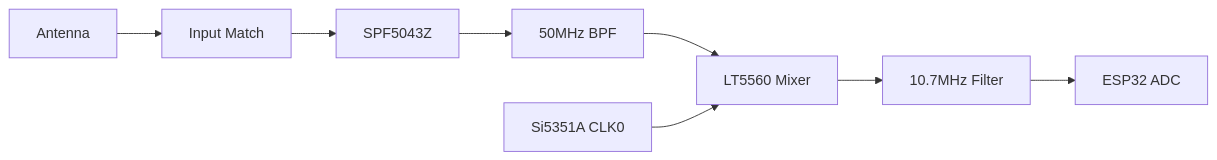
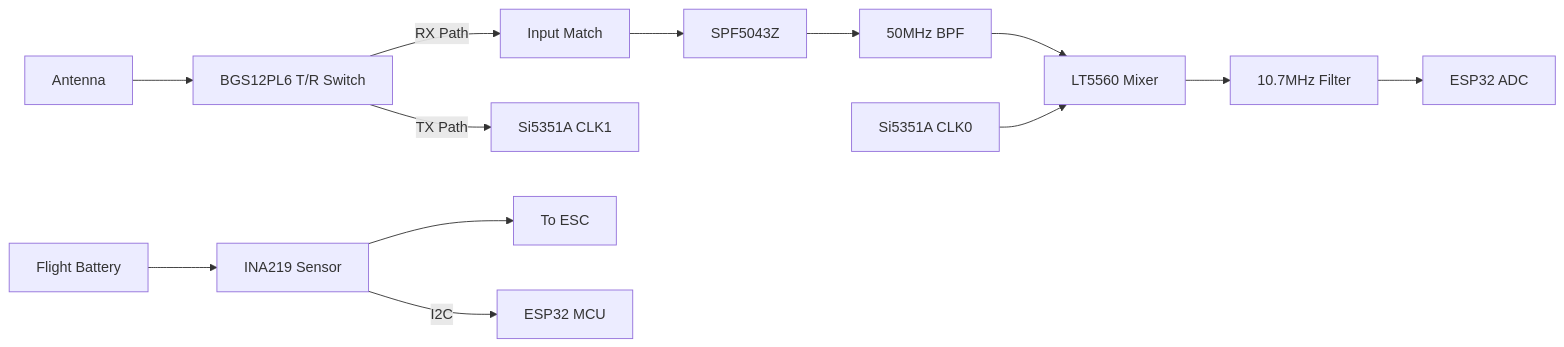
One commit to ne9n/RC_6m changed the diagram in RX_Hardware/RX_Schematic_Blueprint.md. Above: the diagram before and after it, drawn with Mermaid. The commit also changed other lines of this file and 4 other files, not shown here.

Commit message:
Synchronize BOMs, Netlist, and Schematic Blueprints with new telemetry hardware

````diff
--- a/RX_Hardware/RX_Schematic_Blueprint.md
+++ b/RX_Hardware/RX_Schematic_Blueprint.md
@@ -8,10 +8,15 @@
 ```mermaid
 graph LR
-    ANT[Antenna] --> LNA_MATCH[Input Match]
+    ANT[Antenna] --> SW[BGS12PL6 T/R Switch]
+    SW -- RX Path --> LNA_MATCH[Input Match]
     LNA_MATCH --> LNA[SPF5043Z]
     LNA --> BPF[50MHz BPF]
     BPF --> MIX[LT5560 Mixer]
     LO[Si5351A CLK0] --> MIX
+    SW -- TX Path --> TELEM_DRIVE[Si5351A CLK1]
     MIX --> IF_FILT[10.7MHz Filter]
     IF_FILT --> ADC[ESP32 ADC]
+    BATT[Flight Battery] --> INA[INA219 Sensor]
+    INA --> ESC[To ESC]
+    INA -- I2C --> ESP[ESP32 MCU]
 ```
````
